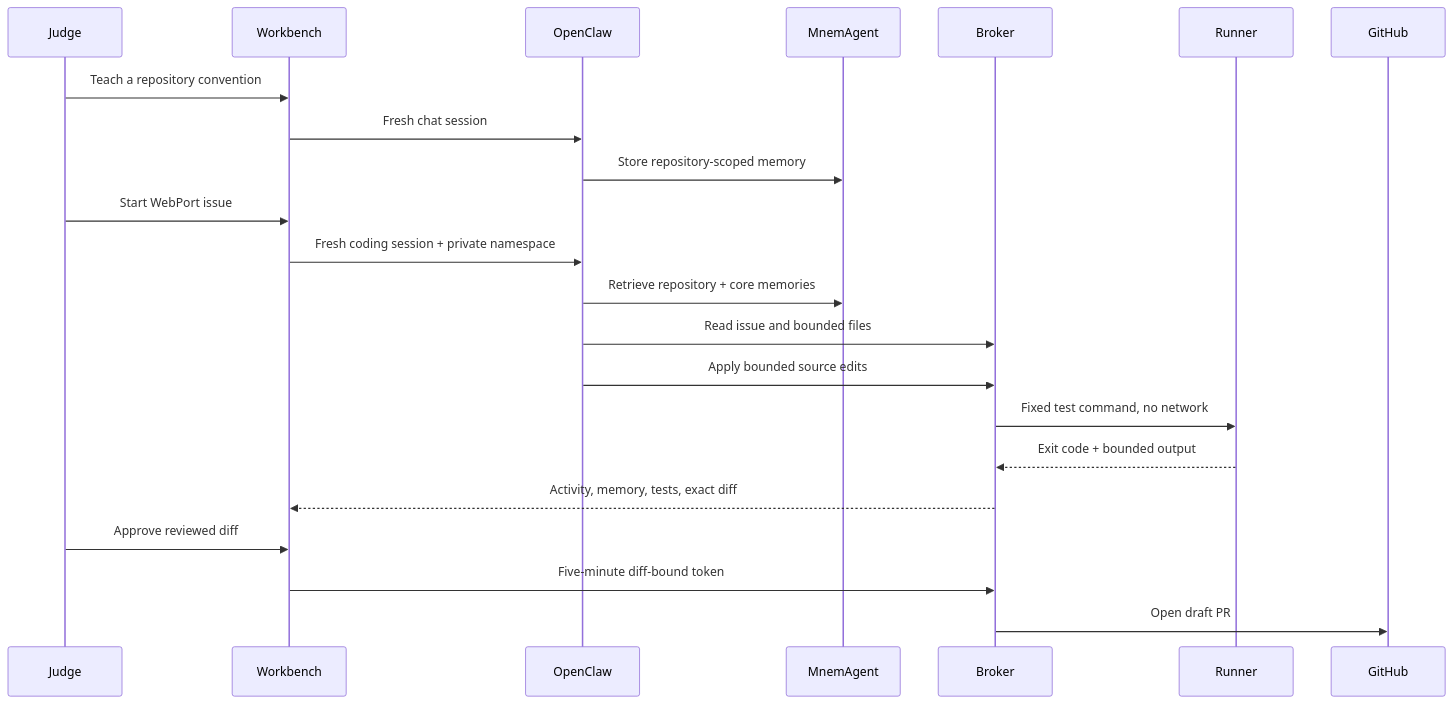
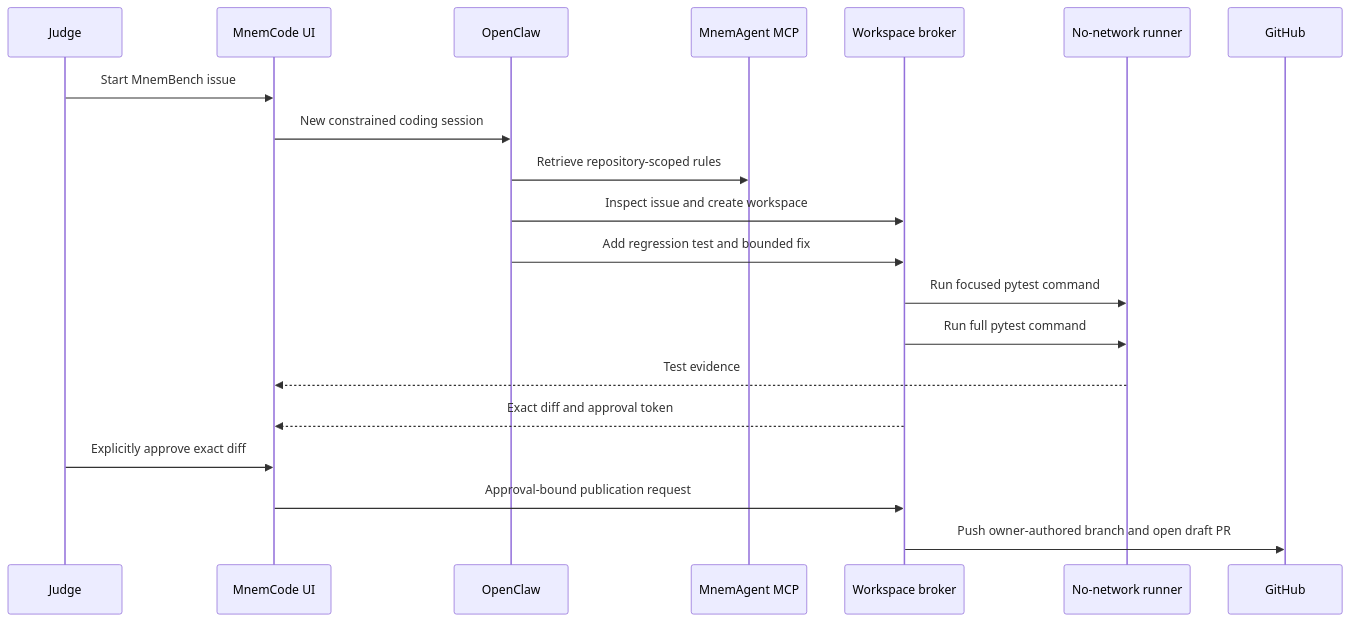
The diagram in docs/MNEMCODE_DEMO.md (crankysmh47/MnemAgent), drawn with Mermaid before and after one commit. The commit also changed other lines of this file and 34 other files, not shown here.

Commit message:
feat: move MnemCode demo to public MnemBench

````diff
--- a/docs/MNEMCODE_DEMO.md
+++ b/docs/MNEMCODE_DEMO.md
@@ -7,24 +20,23 @@
 ```mermaid
 sequenceDiagram
   participant J as Judge
-  participant U as Workbench
+  participant U as MnemCode UI
   participant O as OpenClaw
-  participant M as MnemAgent
-  participant B as Broker
-  participant R as Runner
+  participant M as MnemAgent MCP
+  participant B as Workspace broker
+  participant R as No-network runner
   participant G as GitHub
-  J->>U: Teach a repository convention
-  U->>O: Fresh chat session
-  O->>M: Store repository-scoped memory
-  J->>U: Start WebPort issue #14
-  U->>O: Fresh coding session + private namespace
-  O->>M: Retrieve repository + core memories
-  O->>B: Read issue and bounded files
-  O->>B: Apply bounded source edits
-  B->>R: Fixed test command, no network
-  R-->>B: Exit code + bounded output
-  B-->>U: Activity, memory, tests, exact diff
-  J->>U: Approve reviewed diff
-  U->>B: Five-minute diff-bound token
-  B->>G: Open draft PR
+
+  J->>U: Start MnemBench issue #1
+  U->>O: New constrained coding session
+  O->>M: Retrieve repository-scoped rules
+  O->>B: Inspect issue and create workspace
+  O->>B: Add regression test and bounded fix
+  B->>R: Run focused pytest command
+  B->>R: Run full pytest command
+  R-->>U: Test evidence
+  B-->>U: Exact diff and approval token
+  J->>U: Explicitly approve exact diff
+  U->>B: Approval-bound publication request
+  B->>G: Push owner-authored branch and open draft PR
 ```
````
